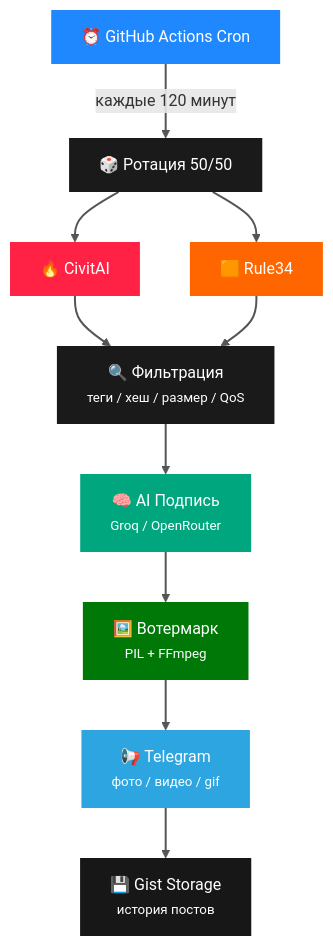
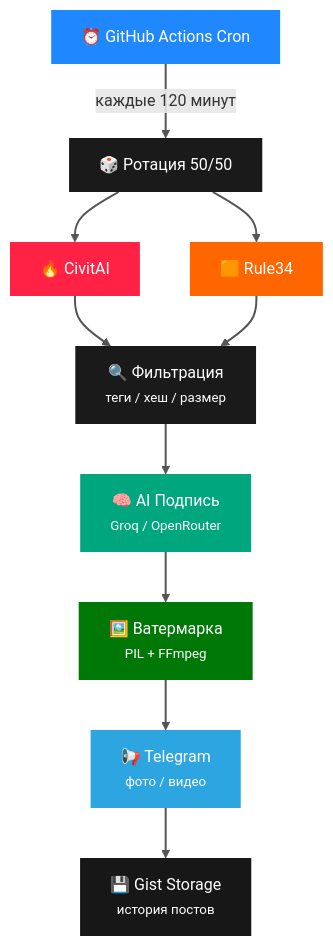
One commit to Haillord/ErosLab changed the diagram in README.md. Above: the diagram before and after it, drawn with Mermaid. The commit also changed other lines of this file, not shown here.

````diff
--- a/README.md
+++ b/README.md
@@ -84,23 +84,23 @@
 ```mermaid
 flowchart TD
     A[⏰ GitHub Actions Cron] -->|каждые 120 минут| B[🎲 Ротация 50/50]
     B --> C[🔥 CivitAI]
     B --> D[🟧 Rule34]
-    C & D --> E[🔍 Фильтрация<br/><small>теги / хеш / размер / QoS</small>]
+    C & D --> E[🔍 Фильтрация<br/><small>теги / хеш / размер</small>]
     E --> F[🧠 AI Подпись<br/><small>Groq / OpenRouter</small>]
-    F --> G[🖼️ Вотермарк<br/><small>PIL + FFmpeg</small>]
-    G --> H[📢 Telegram<br/><small>фото / видео / gif</small>]
+    F --> G[🖼️ Ватермарка<br/><small>PIL + FFmpeg</small>]
+    G --> H[📢 Telegram<br/><small>фото / видео</small>]
     H --> I[💾 Gist Storage<br/><small>история постов</small>]
     
     style A fill:#2088FF,color:white,stroke:none
     style B fill:#1a1a1a,color:white,stroke:none
     style C fill:#FF2244,color:white,stroke:none
     style D fill:#FF6600,color:white,stroke:none
     style E fill:#1a1a1a,color:white,stroke:none
     style F fill:#00A67E,color:white,stroke:none
     style G fill:#007808,color:white,stroke:none
     style H fill:#2CA5E0,color:white,stroke:none
     style I fill:#181717,color:white,stroke:none
 
     linkStyle default stroke:#555,stroke-width:2px
 ```
````
